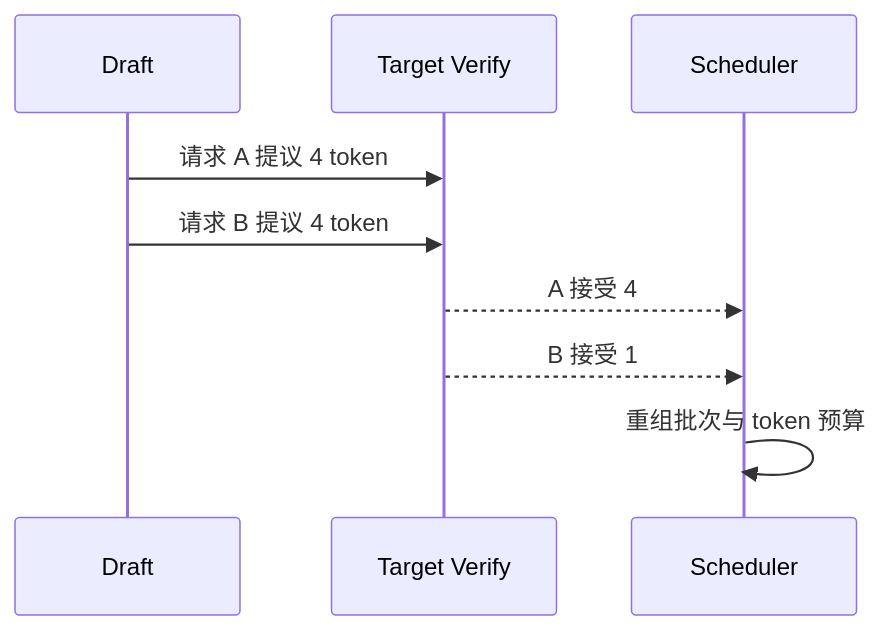
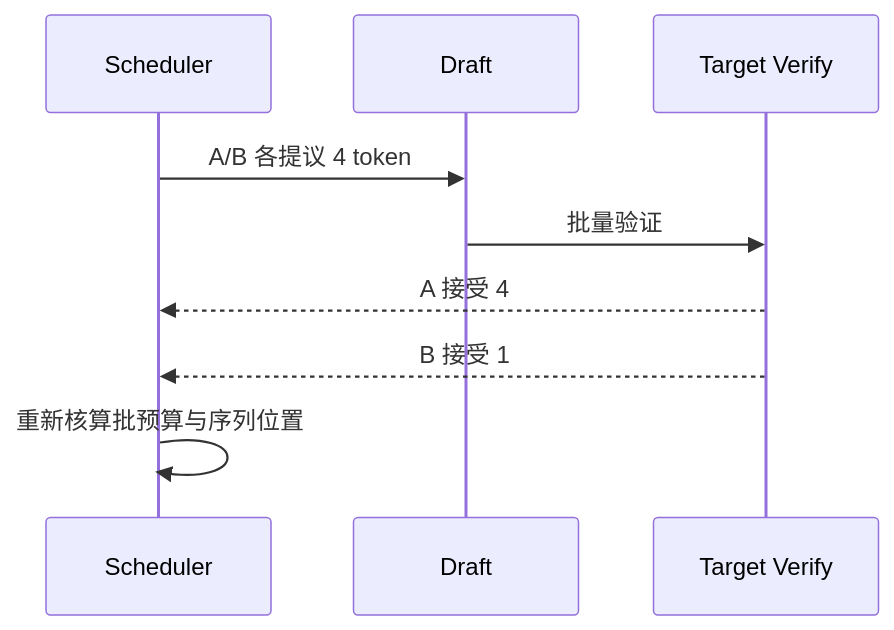
One commit to caomaolufei/AIInfraGuide changed the second of 3 diagrams in docs/guides/模块四-推理优化/第11章-推理优化选型与端到端实战/11.2-优化组合注意事项.md. Above: the diagram before and after it, drawn with Mermaid. The commit also changed other lines of this file and 53 other files, not shown here.

````diff
--- a/docs/guides/模块四-推理优化/第11章-推理优化选型与端到端实战/11.2-优化组合注意事项.md
+++ b/docs/guides/模块四-推理优化/第11章-推理优化选型与端到端实战/11.2-优化组合注意事项.md
@@ -124,11 +411,11 @@
 ```mermaid
 sequenceDiagram
+    participant S as Scheduler
     participant D as Draft
     participant V as Target Verify
-    participant S as Scheduler
-    D->>V: 请求 A 提议 4 token
-    D->>V: 请求 B 提议 4 token
+    S->>D: A/B 各提议 4 token
+    D->>V: 批量验证
     V-->>S: A 接受 4
     V-->>S: B 接受 1
-    S->>S: 重组批次与 token 预算
+    S->>S: 重新核算批预算与序列位置
 ```
````
